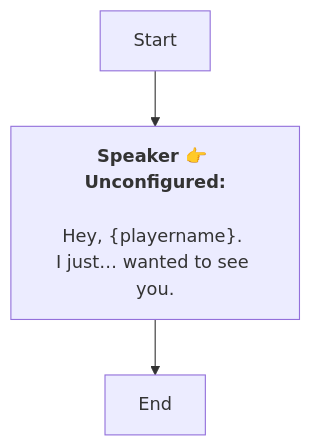
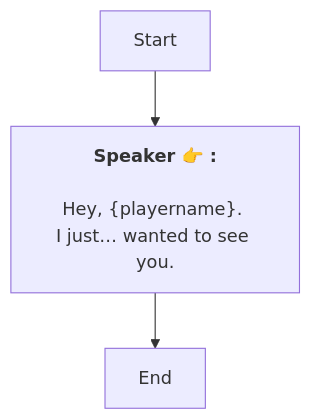
The diagram in Zh/Dialog_55209110178020.md (SoftHu/tos_avg), drawn with Mermaid before and after one commit. The commit also changed 737 other files, not shown here.

````diff
--- a/Zh/Dialog_55209110178020.md
+++ b/Zh/Dialog_55209110178020.md
@@ -1,9 +1,8 @@
 ```mermaid
 graph
-Start -->1766691966779318[<b>Speaker 👉 Unconfigured:</b>
-
-Hey, &lbrace;playername&rbrace;. 
+Start -->1766691966779318[<b>Speaker 👉 :</b>
+\nHey, &lbrace;playername&rbrace;. 
 I just… wanted to see you.]
 1766691966779318 -->1766691959425973[End]
 
- ```
+```
````
